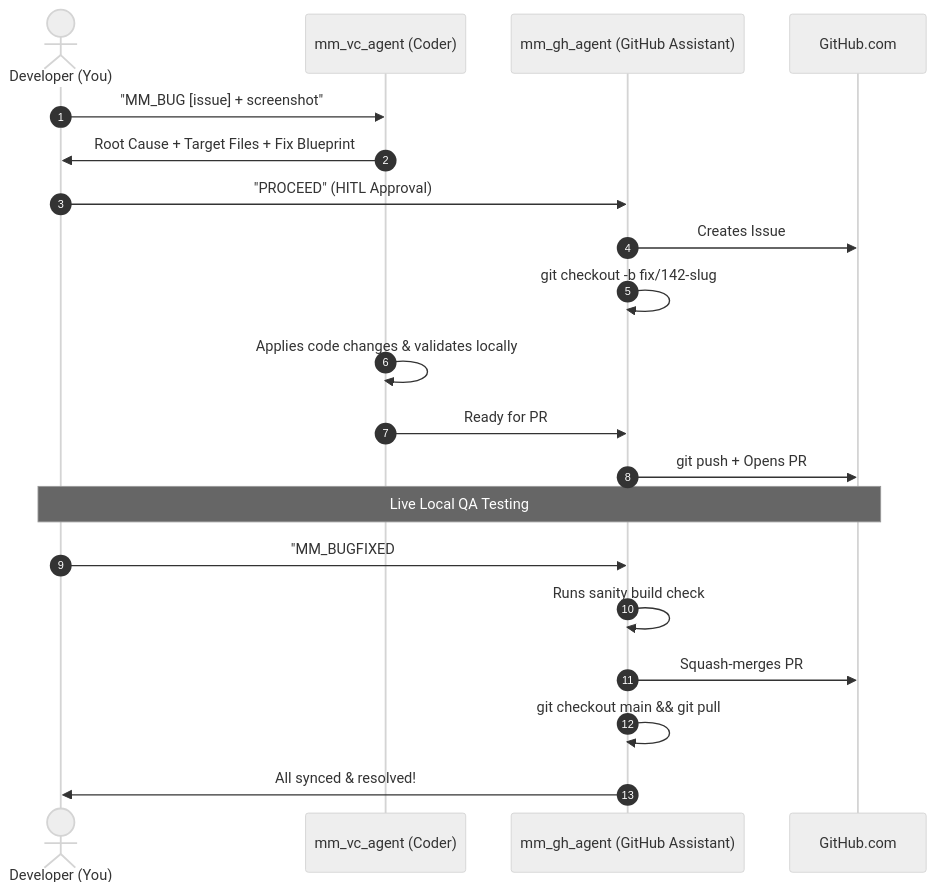
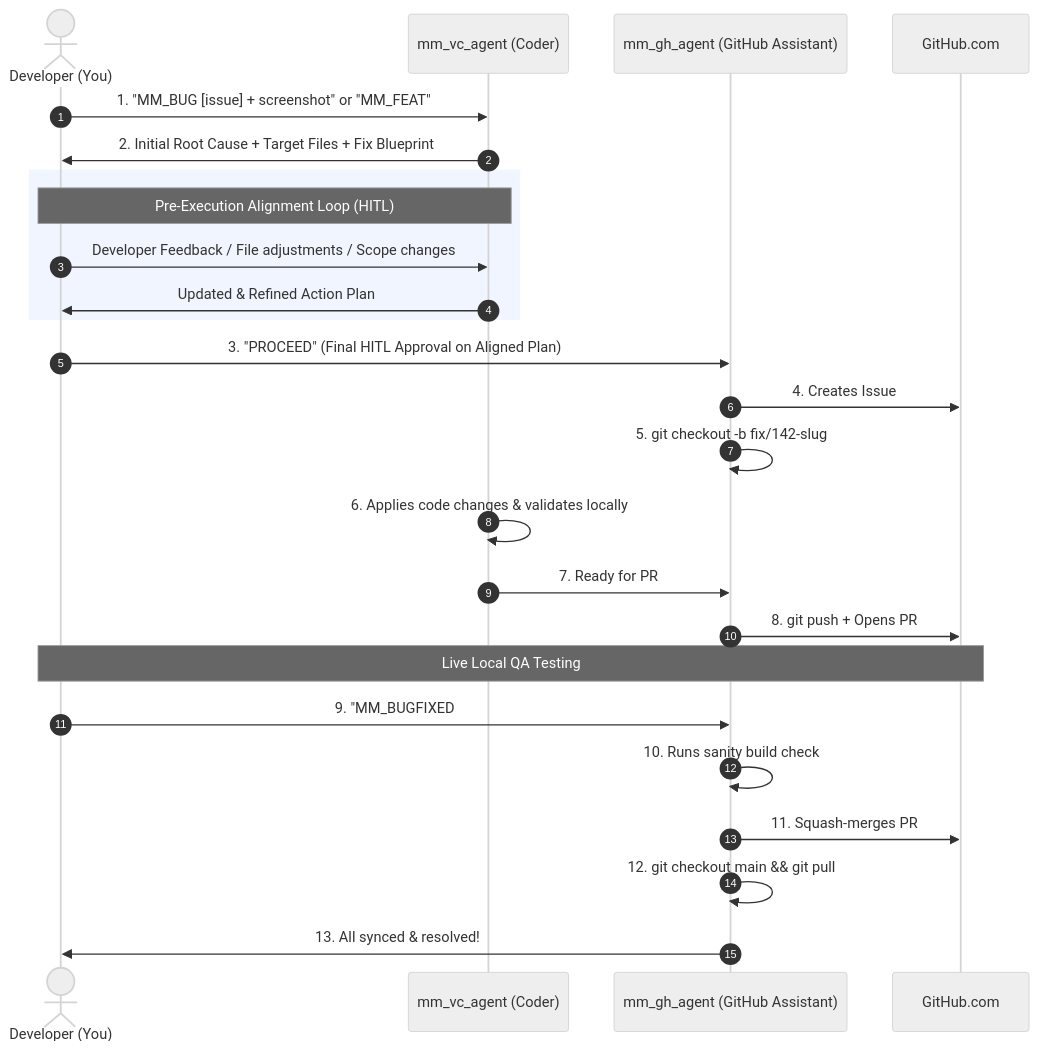
One commit to mustafamalik/mm_github_assist changed the diagram in README.md. Above: the diagram before and after it, drawn with Mermaid (neutral theme). The commit also changed other lines of this file and 7 other files, not shown here.

Commit message:
fix(#5): formalize pre-execution plan alignment loop between developer and mm_vc_agent (#6)

````diff
--- a/README.md
+++ b/README.md
@@ -154,23 +154,30 @@
 ```mermaid
 sequenceDiagram
     autonumber
     actor Dev as Developer (You)
     participant VC as mm_vc_agent (Coder)
     participant GH as mm_gh_agent (GitHub Assistant)
     participant Remote as GitHub.com
 
-    Dev->>VC: "MM_BUG [issue] + screenshot"
-    VC->>Dev: Root Cause + Target Files + Fix Blueprint
-    Dev->>GH: "PROCEED" (HITL Approval)
-    GH->>Remote: Creates Issue #142 (Embeds Root Cause & Blueprint)
-    GH->>GH: git checkout -b fix/142-slug
-    VC->>VC: Applies code changes & validates locally
-    VC->>GH: Ready for PR
-    GH->>Remote: git push + Opens PR #143 (Closes #142)
+    Dev->>VC: 1. "MM_BUG [issue] + screenshot" or "MM_FEAT"
+    VC->>Dev: 2. Initial Root Cause + Target Files + Fix Blueprint
+
+    rect rgb(240, 245, 255)
+        note over Dev,VC: Pre-Execution Alignment Loop (HITL)
+        Dev->>VC: Developer Feedback / File adjustments / Scope changes
+        VC->>Dev: Updated & Refined Action Plan
+    end
+
+    Dev->>GH: 3. "PROCEED" (Final HITL Approval on Aligned Plan)
+    GH->>Remote: 4. Creates Issue #142 (Embeds Final Aligned Blueprint)
+    GH->>GH: 5. git checkout -b fix/142-slug
+    VC->>VC: 6. Applies code changes & validates locally
+    VC->>GH: 7. Ready for PR
+    GH->>Remote: 8. git push + Opens PR #143 (Closes #142)
     Note over Dev,Remote: Live Local QA Testing
-    Dev->>GH: "MM_BUGFIXED #142"
-    GH->>GH: Runs sanity build check
-    GH->>Remote: Squash-merges PR #143 & closes Issue #142
-    GH->>GH: git checkout main && git pull
-    GH->>Dev: All synced & resolved!
+    Dev->>GH: 9. "MM_BUGFIXED #142"
+    GH->>GH: 10. Runs sanity build check
+    GH->>Remote: 11. Squash-merges PR #143 & closes Issue #142
+    GH->>GH: 12. git checkout main && git pull
+    GH->>Dev: 13. All synced & resolved!
 ```
````
